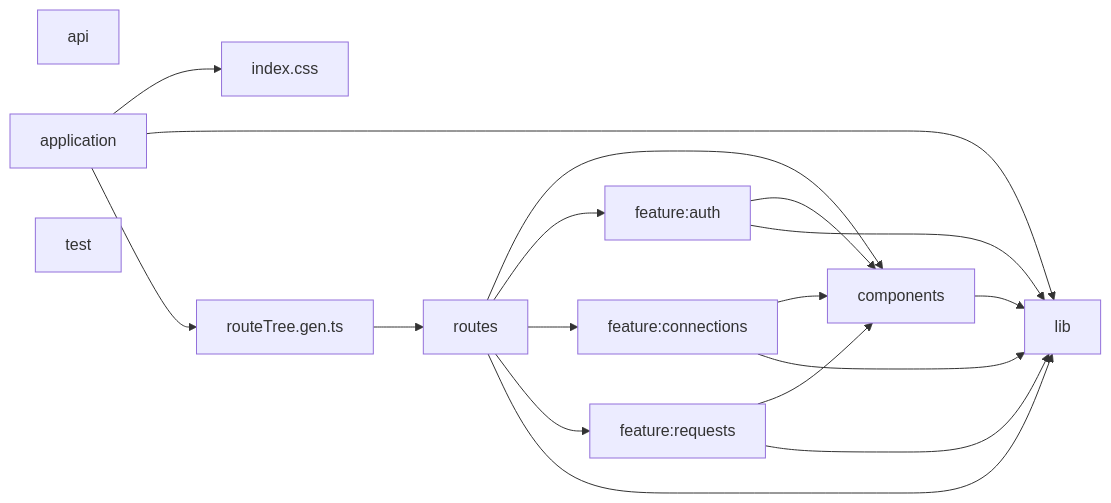
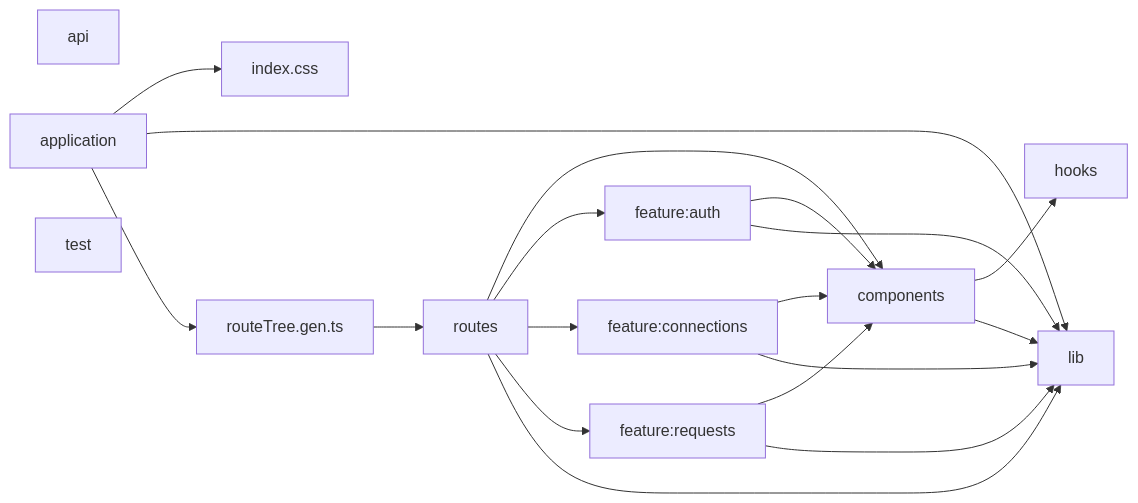
The second of 2 diagrams in docs/architecture/generated-module-graph.md (zzwtsy/ai-api-gateway), drawn with Mermaid before and after one commit. The commit also changed other lines of this file and 63 other files, not shown here.

````diff
--- a/docs/architecture/generated-module-graph.md
+++ b/docs/architecture/generated-module-graph.md
@@ -87,30 +87,32 @@
 ```mermaid
 flowchart LR
   n_617069["api"]
   n_6170706c69636174696f6e["application"]
   n_636f6d706f6e656e7473["components"]
   n_666561747572653a61757468["feature:auth"]
   n_666561747572653a636f6e6e656374696f6e73["feature:connections"]
   n_666561747572653a7265717565737473["feature:requests"]
+  n_686f6f6b73["hooks"]
   n_696e6465782e637373["index.css"]
   n_6c6962["lib"]
   n_726f757465547265652e67656e2e7473["routeTree.gen.ts"]
   n_726f75746573["routes"]
   n_74657374["test"]
   n_6170706c69636174696f6e --> n_696e6465782e637373
   n_6170706c69636174696f6e --> n_6c6962
   n_6170706c69636174696f6e --> n_726f757465547265652e67656e2e7473
+  n_636f6d706f6e656e7473 --> n_686f6f6b73
   n_636f6d706f6e656e7473 --> n_6c6962
   n_666561747572653a61757468 --> n_636f6d706f6e656e7473
   n_666561747572653a61757468 --> n_6c6962
   n_666561747572653a636f6e6e656374696f6e73 --> n_636f6d706f6e656e7473
   n_666561747572653a636f6e6e656374696f6e73 --> n_6c6962
   n_666561747572653a7265717565737473 --> n_636f6d706f6e656e7473
   n_666561747572653a7265717565737473 --> n_6c6962
   n_726f75746573 --> n_636f6d706f6e656e7473
   n_726f75746573 --> n_666561747572653a61757468
   n_726f75746573 --> n_666561747572653a636f6e6e656374696f6e73
   n_726f75746573 --> n_666561747572653a7265717565737473
   n_726f75746573 --> n_6c6962
   n_726f757465547265652e67656e2e7473 --> n_726f75746573
 ```
````
